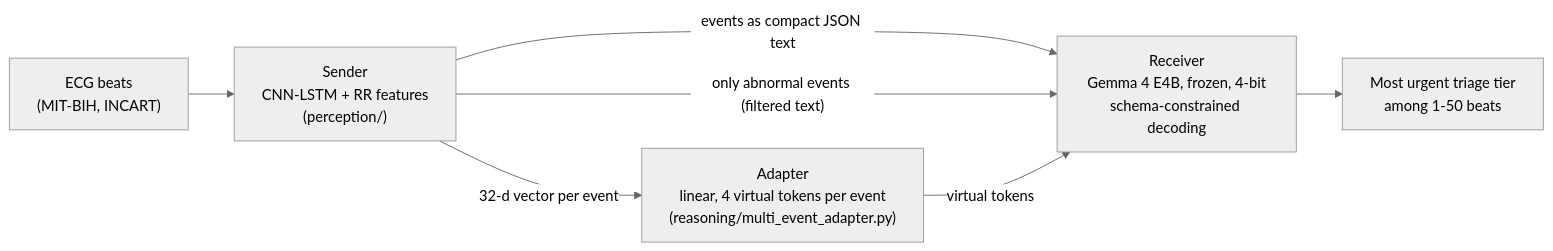
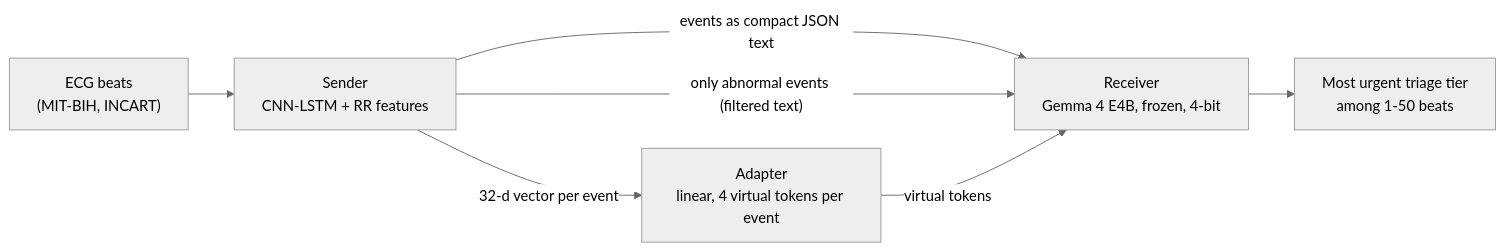
One commit to a1if/Heterogeneous-Multi-Agent-Edge-AI-for-Clinical-Decision-Support changed the diagram in README.md. Above: the diagram before and after it, drawn with Mermaid (neutral theme). The commit also changed other lines of this file and 6 other files, not shown here.

````diff
--- a/README.md
+++ b/README.md
@@ -27,9 +29,9 @@
 ```mermaid
 flowchart LR
-    ECG["ECG beats<br/>(MIT-BIH, INCART)"] --> S["Sender<br/>CNN-LSTM + RR features<br/>(perception/)"]
+    ECG["ECG beats<br/>(MIT-BIH, INCART)"] --> S["Sender<br/>CNN-LSTM + RR features"]
     S -- "events as compact JSON text" --> R
     S -- "only abnormal events (filtered text)" --> R
-    S -- "32-d vector per event" --> A["Adapter<br/>linear, 4 virtual tokens per event<br/>(reasoning/multi_event_adapter.py)"]
-    A -- "virtual tokens" --> R["Receiver<br/>Gemma 4 E4B, frozen, 4-bit<br/>schema-constrained decoding"]
+    S -- "32-d vector per event" --> A["Adapter<br/>linear, 4 virtual tokens per event"]
+    A -- "virtual tokens" --> R["Receiver<br/>Gemma 4 E4B, frozen, 4-bit"]
     R --> T["Most urgent triage tier<br/>among 1-50 beats"]
 ```
````
